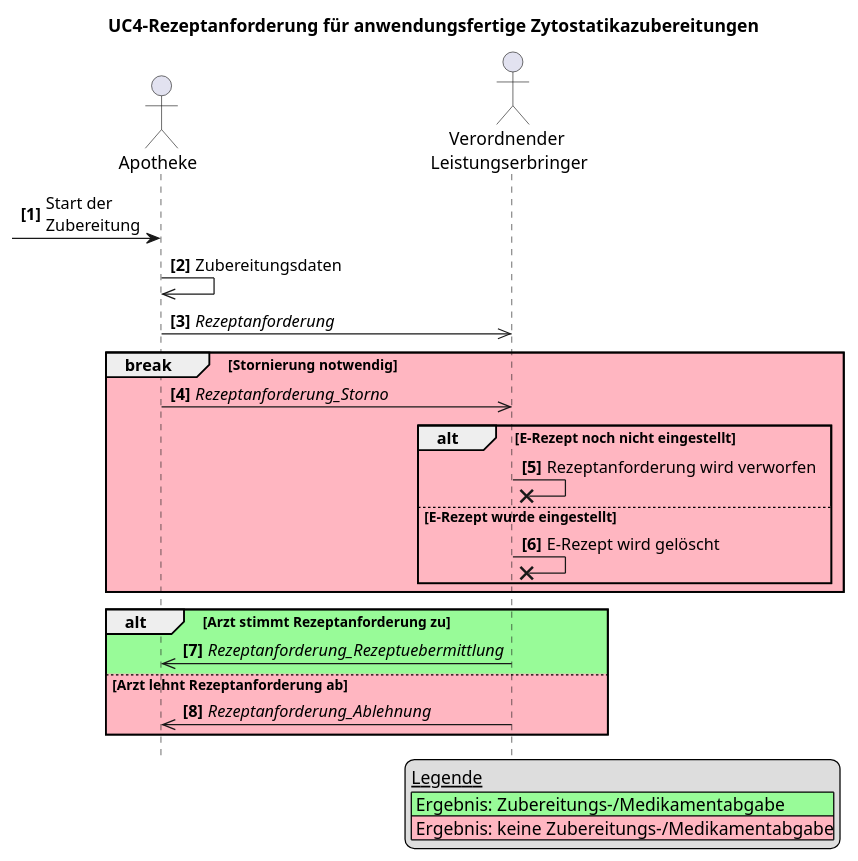
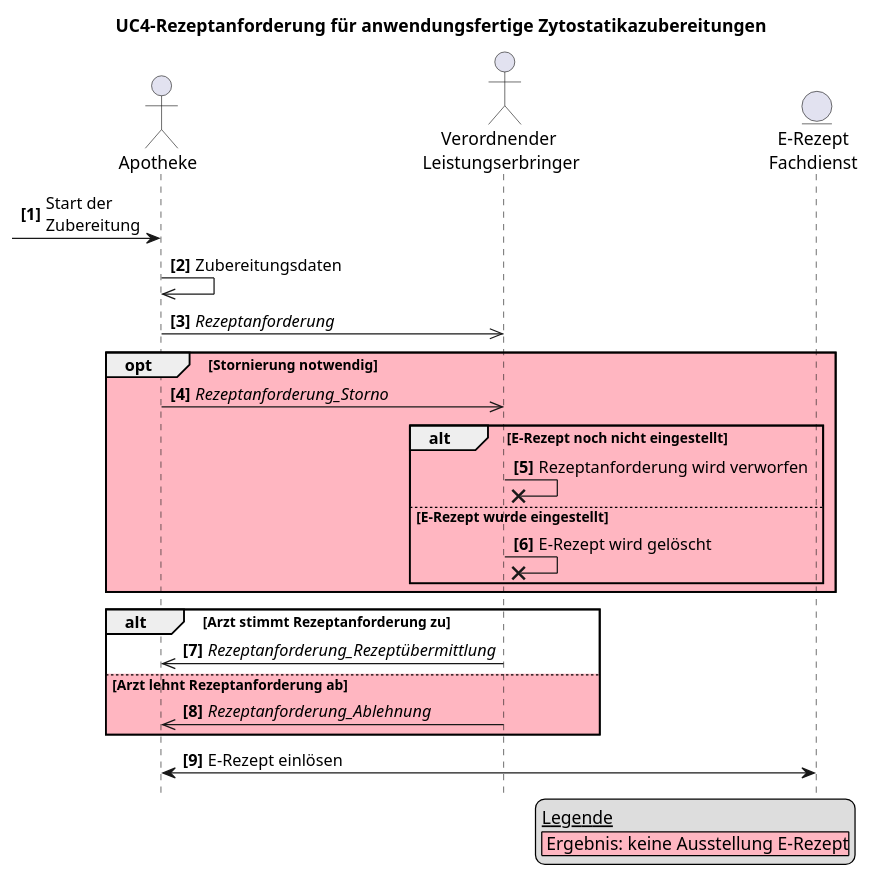
One commit to gematik/spec-E-Rezept-ServiceRequest changed the diagram in Resources/puml/gemF_eRp_KIM/UC4-rezeptanforderung-zytostatika-allgemein.puml. Above: the diagram before and after it, drawn with PlantUML. The commit also changed 3 other files, not shown here.

```diff
--- a/Resources/puml/gemF_eRp_KIM/UC4-rezeptanforderung-zytostatika-allgemein.puml
+++ b/Resources/puml/gemF_eRp_KIM/UC4-rezeptanforderung-zytostatika-allgemein.puml
@@ -1,41 +1,43 @@
 @startuml name = "UC4-Rezeptanforderung-anwendigungsfertige-Zytostatika"
 
 
 skinparam maxMessageSize 300
 
 title UC4-Rezeptanforderung für anwendungsfertige Zytostatikazubereitungen
 hide footbox
 autonumber "<b>[0]"
 
-    actor "Apotheke" as Apotheke
-    actor "Verordnender \nLeistungserbringer" as Arzt
+actor "Apotheke" as Apotheke
+actor "Verordnender \nLeistungserbringer" as Arzt
+entity "E-Rezept\nFachdienst" as FD
 
 legend bottom right
     __Legende__
-    |<#PaleGreen> Ergebnis: Zubereitungs-/Medikamentabgabe|
-    |<#LightPink> Ergebnis: keine Zubereitungs-/Medikamentabgabe|
+    |<#LightPink> Ergebnis: keine Ausstellung E-Rezept|
 endlegend
 
 ?-> Apotheke: Start der \nZubereitung
 
 Apotheke ->> Apotheke: Zubereitungsdaten
 
 Apotheke ->> Arzt: //Rezeptanforderung//
 
-break #LightPink Stornierung notwendig
+opt #LightPink Stornierung notwendig
     Apotheke ->> Arzt: //Rezeptanforderung_Storno//
     alt #LightPink E-Rezept noch nicht eingestellt
         Arzt ->x Arzt: Rezeptanforderung wird verworfen
     else #LightPink E-Rezept wurde eingestellt
         Arzt ->x Arzt: E-Rezept wird gelöscht
     end
 end
 
-alt #PaleGreen Arzt stimmt Rezeptanforderung zu
-    Arzt ->> Apotheke: //Rezeptanforderung_Rezeptuebermittlung//
+alt Arzt stimmt Rezeptanforderung zu
+    Arzt ->> Apotheke: //Rezeptanforderung_Rezeptübermittlung//
 else #LightPink Arzt lehnt Rezeptanforderung ab
     Arzt ->> Apotheke: //Rezeptanforderung_Ablehnung//
 
 end
 
+Apotheke <-> FD: E-Rezept einlösen
+
 @enduml
```
